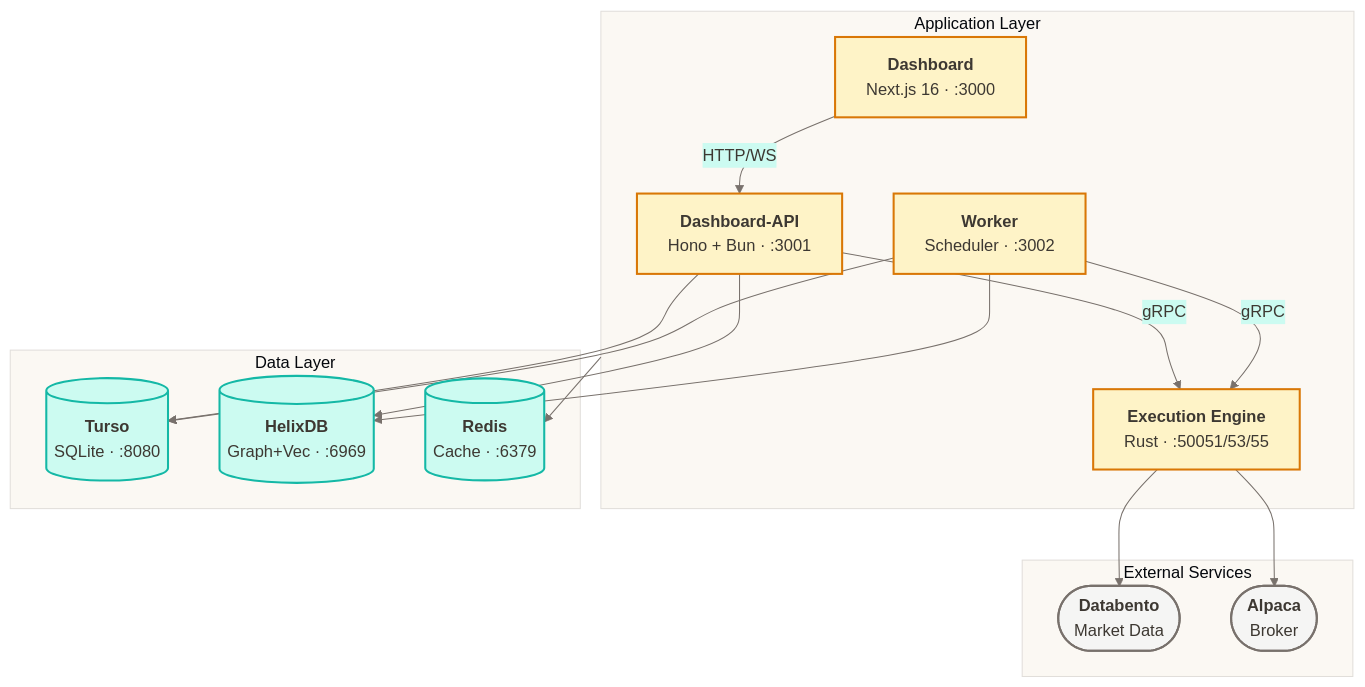
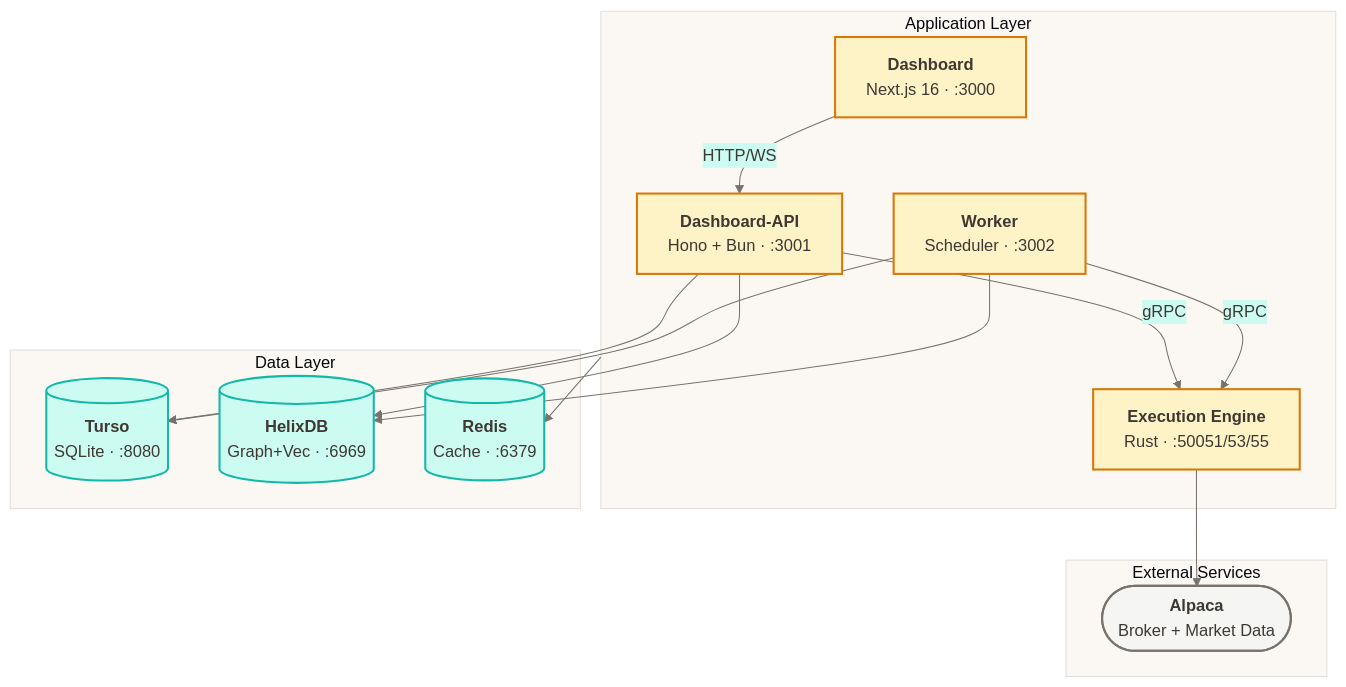
Before and after one commit to ccheney/cream: the first of 9 diagrams in ARCHITECTURE.md, drawn with Mermaid. The commit also changed other lines of this file and 32 other files, not shown here.

````diff
--- a/ARCHITECTURE.md
+++ b/ARCHITECTURE.md
@@ -28,49 +28,46 @@
 ```mermaid
 %%{init: {'theme': 'base', 'themeVariables': { 'primaryColor': '#FEF3C7', 'primaryTextColor': '#3D3832', 'primaryBorderColor': '#D97706', 'lineColor': '#78716C', 'secondaryColor': '#CCFBF1', 'tertiaryColor': '#FBF8F3'}}}%%
 flowchart TB
     subgraph Services["Application Layer"]
         Dashboard["`**Dashboard**
         Next.js 16 · :3000`"]
         DashAPI["`**Dashboard-API**
         Hono + Bun · :3001`"]
         Worker["`**Worker**
         Scheduler · :3002`"]
         Engine["`**Execution Engine**
         Rust · :50051/53/55`"]
     end
 
     subgraph Data["Data Layer"]
         Turso[("`**Turso**
         SQLite · :8080`")]
         Helix[("`**HelixDB**
         Graph+Vec · :6969`")]
         Redis[("`**Redis**
         Cache · :6379`")]
     end
 
     subgraph External["External Services"]
-        Databento(["`**Databento**
-        Market Data`"])
         Alpaca(["`**Alpaca**
-        Broker`"])
+        Broker + Market Data`"])
     end
 
     Dashboard -->|HTTP/WS| DashAPI
     DashAPI --> Turso
     DashAPI --> Helix
     DashAPI -->|gRPC| Engine
     Worker --> Turso
     Worker --> Helix
     Worker -->|gRPC| Engine
-    Engine --> Databento
     Engine --> Alpaca
     Services --> Redis
 
     classDef service fill:#FEF3C7,stroke:#D97706,stroke-width:2px,color:#3D3832
     classDef database fill:#CCFBF1,stroke:#14B8A6,stroke-width:2px,color:#3D3832
     classDef external fill:#F5F5F4,stroke:#78716C,stroke-width:2px,color:#3D3832
 
     class Dashboard,DashAPI,Worker,Engine service
     class Turso,Helix,Redis database
-    class Databento,Alpaca external
+    class Alpaca external
 ```
````
